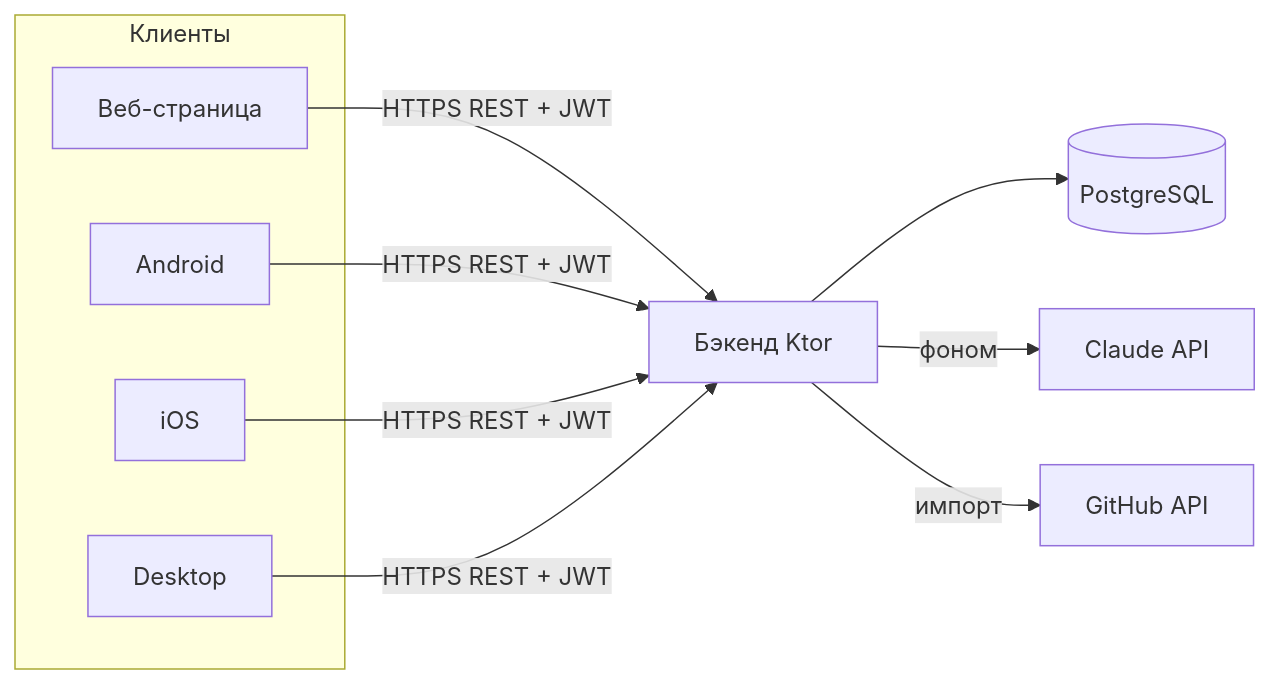
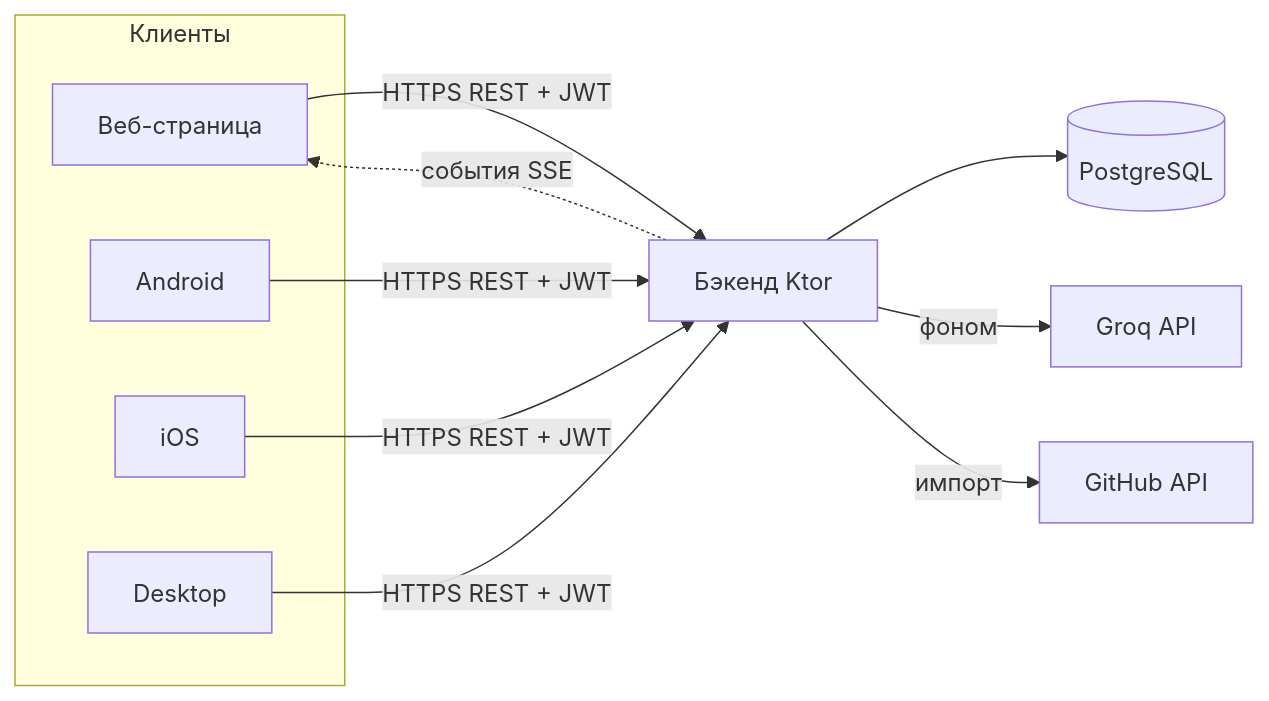
The diagram in docs/architecture.md (vihrea1337/devlog), drawn with Mermaid before and after one commit. The commit also changed other lines of this file and 9 other files, not shown here.

````diff
--- a/docs/architecture.md
+++ b/docs/architecture.md
@@ -8,13 +8,14 @@
 ```mermaid
 flowchart LR
   subgraph Клиенты
     W[Веб-страница]
     A[Android]
     I[iOS]
     D[Desktop]
   end
   W & A & I & D -->|HTTPS REST + JWT| B[Бэкенд Ktor]
+  B -.->|события SSE| W
   B --> DB[(PostgreSQL)]
-  B -->|фоном| AI[Claude API]
+  B -->|фоном| AI[Groq API]
   B -->|импорт| GH[GitHub API]
 ```
````
